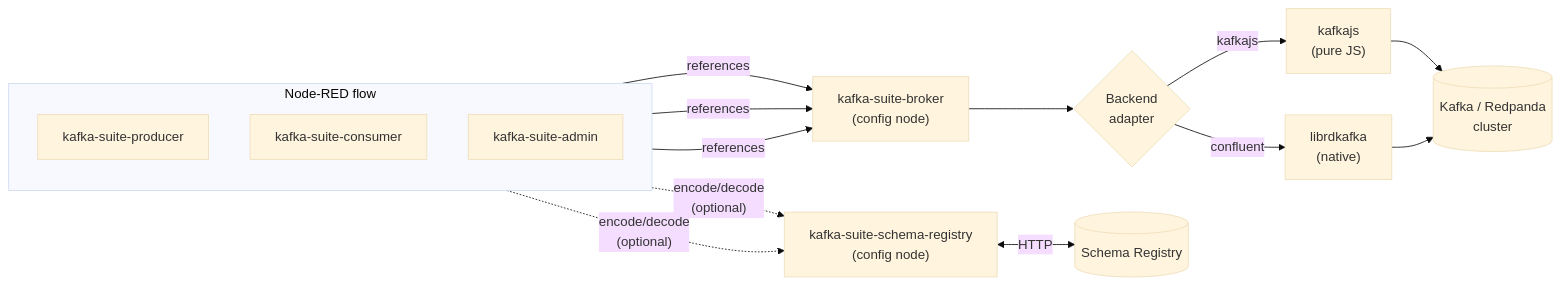
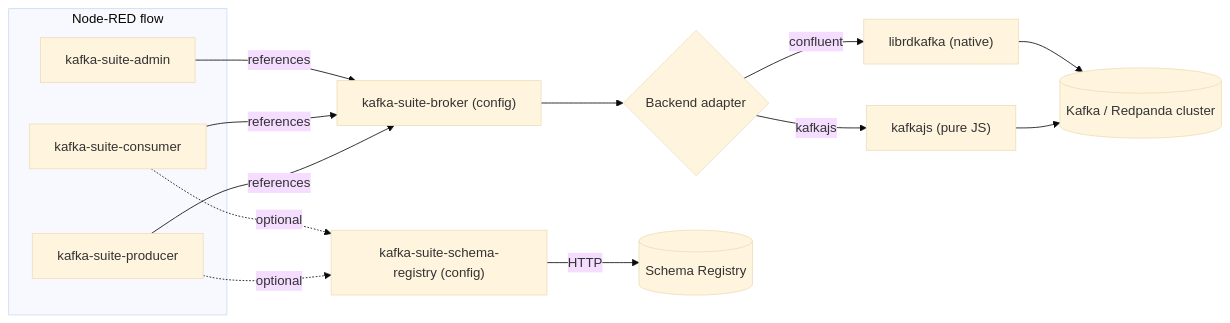
One commit to blanpa/node-red-contrib-kafka-suite changed the first of 2 diagrams in README.md. Above: the diagram before and after it, drawn with Mermaid (base theme). The commit also changed other lines of this file, not shown here.

Commit message:
docs: simplify Mermaid diagrams so GitHub renders them
Replace constructs GitHub's mermaid rejected (quoted dotted-edge labels,
<-->, <br/> in labels/aliases) with conservative syntax. Both diagrams
validated locally with @mermaid-js/mermaid-cli v11.

````diff
--- a/README.md
+++ b/README.md
@@ -62,25 +62,24 @@
 ```mermaid
 flowchart LR
     subgraph NR["Node-RED flow"]
-        direction TB
         P["kafka-suite-producer"]
         C["kafka-suite-consumer"]
         A["kafka-suite-admin"]
     end
 
-    B["kafka-suite-broker<br/>(config node)"]
-    SR["kafka-suite-schema-registry<br/>(config node)"]
+    B["kafka-suite-broker (config)"]
+    SR["kafka-suite-schema-registry (config)"]
 
-    P -- references --> B
-    C -- references --> B
-    A -- references --> B
-    P -. "encode/decode<br/>(optional)" .-> SR
-    C -. "encode/decode<br/>(optional)" .-> SR
+    P -->|references| B
+    C -->|references| B
+    A -->|references| B
+    P -.->|optional| SR
+    C -.->|optional| SR
 
-    B --> ADP{"Backend<br/>adapter"}
-    ADP -- "kafkajs" --> JS["kafkajs<br/>(pure JS)"]
-    ADP -- "confluent" --> RD["librdkafka<br/>(native)"]
-    JS --> K[("Kafka / Redpanda<br/>cluster")]
+    B --> ADP{"Backend adapter"}
+    ADP -->|kafkajs| JS["kafkajs (pure JS)"]
+    ADP -->|confluent| RD["librdkafka (native)"]
+    JS --> K[("Kafka / Redpanda cluster")]
     RD --> K
-    SR <-->|"HTTP"| REG[("Schema Registry")]
+    SR -->|HTTP| REG[("Schema Registry")]
 ```
````
